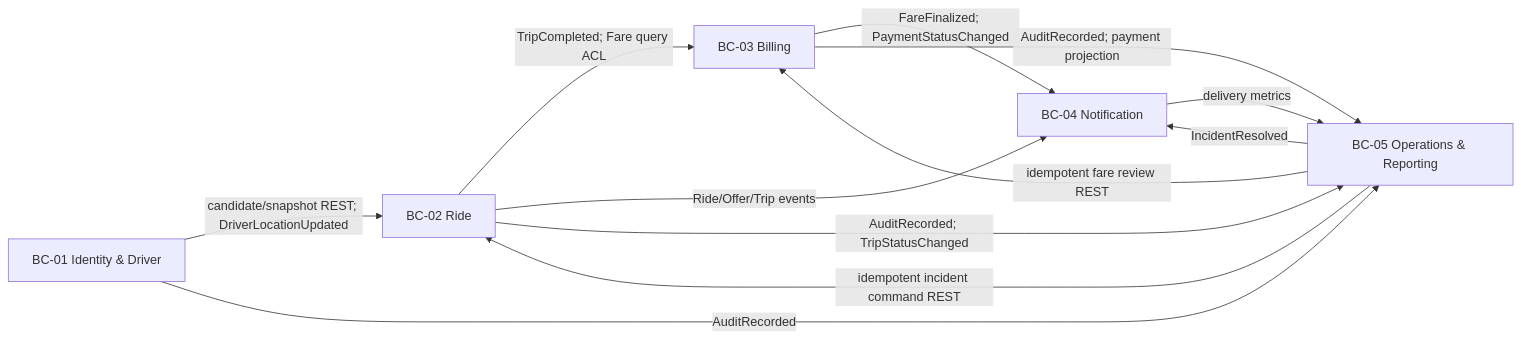
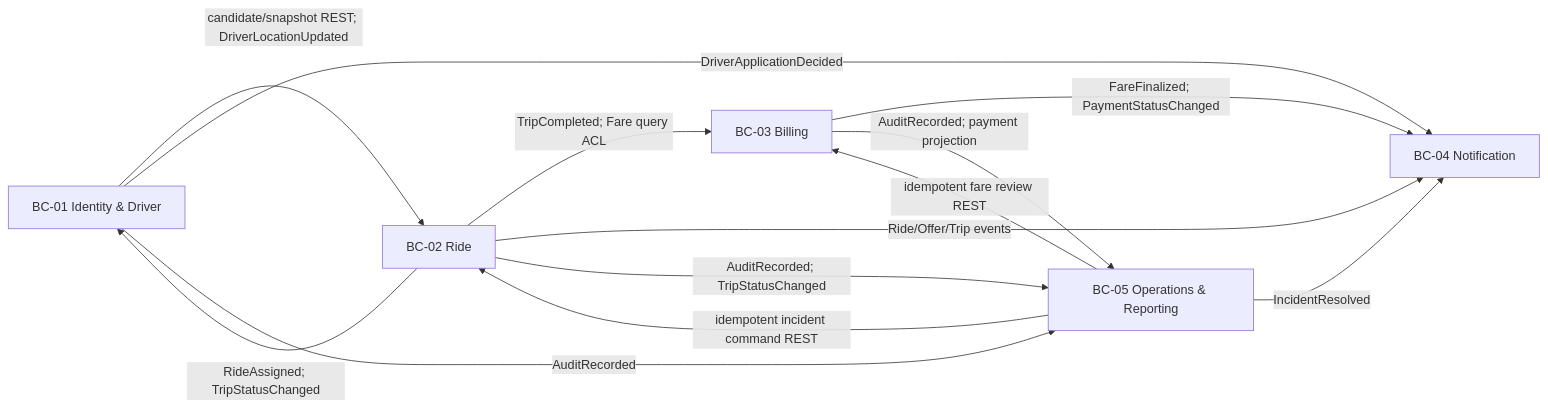
The first of 14 diagrams in microservice.md (HHT777/23659411_HuynhHuuTuan_CABsystem), drawn with Mermaid before and after one commit. The commit also changed other lines of this file and 1 other file, not shown here.

````diff
--- a/microservice.md
+++ b/microservice.md
@@ -27,20 +27,21 @@
 ```mermaid
 flowchart LR
   ID[BC-01 Identity & Driver]
   R[BC-02 Ride]
   B[BC-03 Billing]
   N[BC-04 Notification]
   O[BC-05 Operations & Reporting]
 
   ID -->|candidate/snapshot REST; DriverLocationUpdated| R
+  R -->|RideAssigned; TripStatusChanged| ID
   R -->|TripCompleted; Fare query ACL| B
   R -->|Ride/Offer/Trip events| N
   B -->|FareFinalized; PaymentStatusChanged| N
+  ID -->|DriverApplicationDecided| N
   ID -->|AuditRecorded| O
   R -->|AuditRecorded; TripStatusChanged| O
   B -->|AuditRecorded; payment projection| O
-  N -->|delivery metrics| O
   O -->|idempotent incident command REST| R
   O -->|idempotent fare review REST| B
   O -->|IncidentResolved| N
 ```
````
